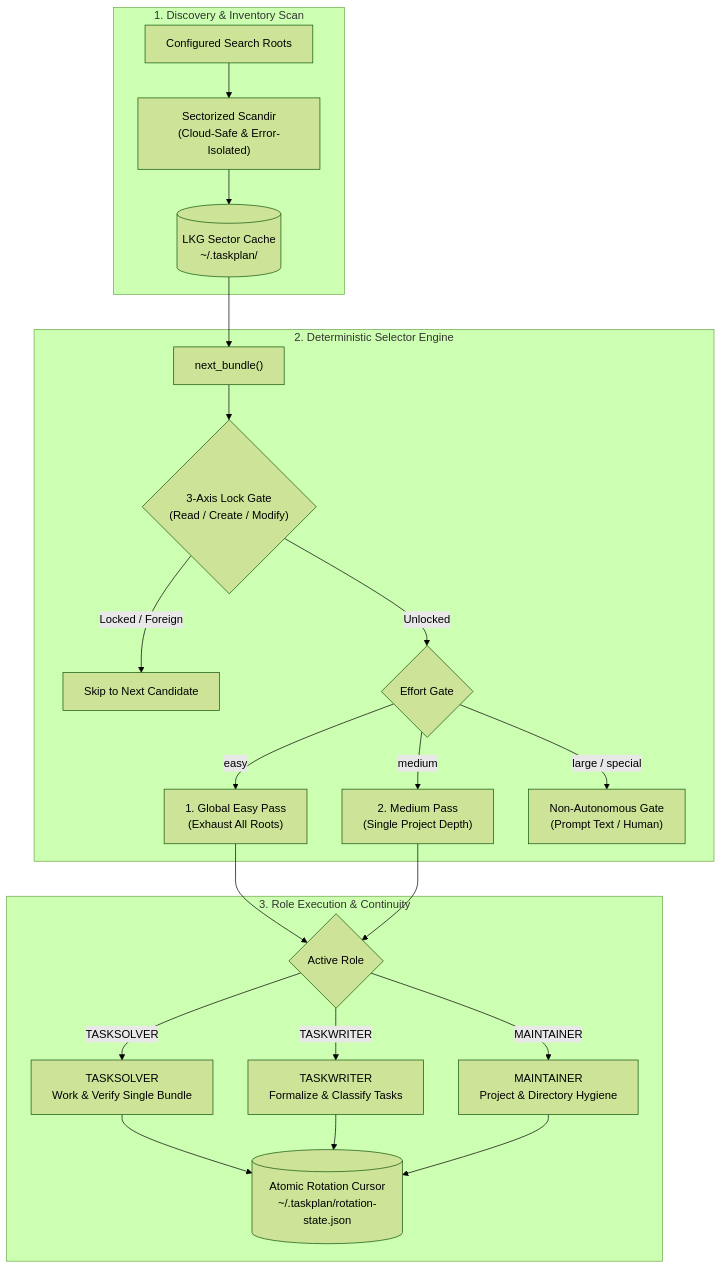
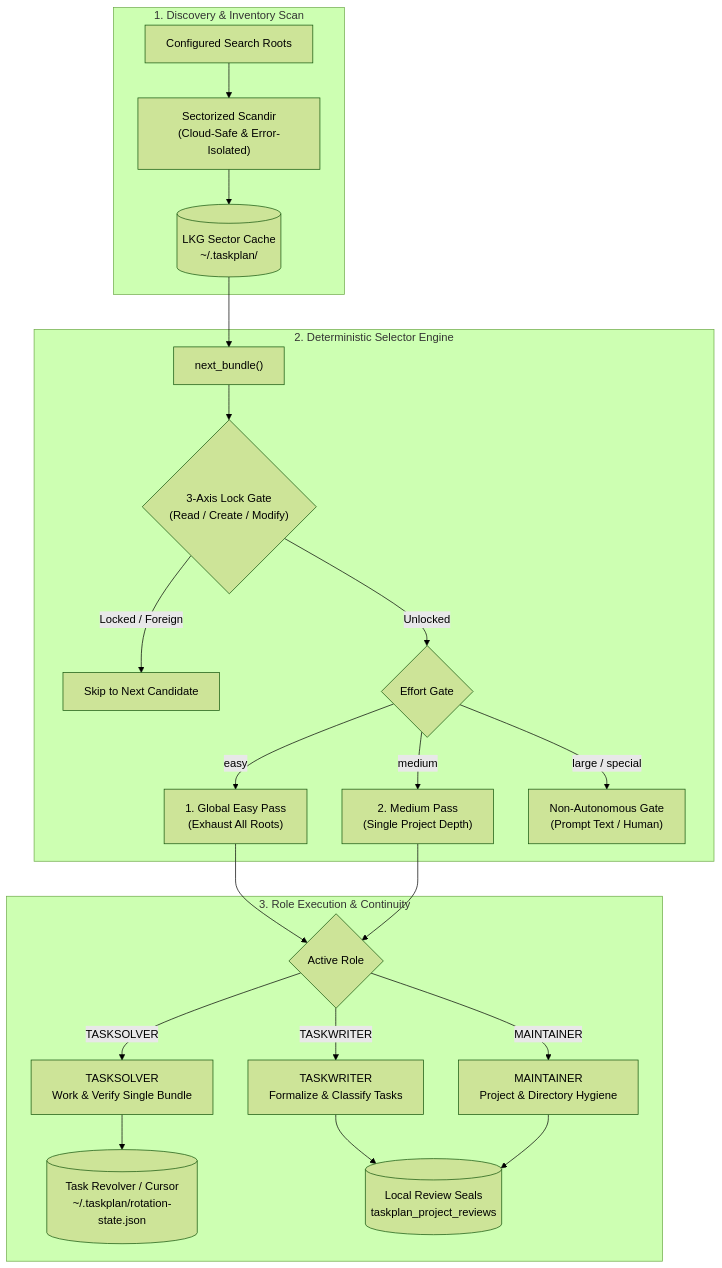
One commit to ellmos-ai/task-master changed the diagram in README.md. Above: the diagram before and after it, drawn with Mermaid (forest theme). The commit also changed other lines of this file and 25 other files, not shown here.

Commit message:
feat(review): add local seal and revisit pool

````diff
--- a/README.md
+++ b/README.md
@@ -45,28 +45,28 @@
 ```mermaid
 flowchart TD
     subgraph Discovery["1. Discovery & Inventory Scan"]
         Roots["Configured Search Roots"] --> Scanner["Sectorized Scandir<br/>(Cloud-Safe & Error-Isolated)"]
         Scanner --> Cache[("LKG Sector Cache<br/>~/.taskplan/")]
     end
 
     subgraph Selection["2. Deterministic Selector Engine"]
         Cache --> NextBundle["next_bundle()"]
         NextBundle --> LockGate{"3-Axis Lock Gate<br/>(Read / Create / Modify)"}
         LockGate -->|Locked / Foreign| Skip["Skip to Next Candidate"]
         LockGate -->|Unlocked| EffortGate{"Effort Gate"}
         EffortGate -->|easy| GlobalEasy["1. Global Easy Pass<br/>(Exhaust All Roots)"]
         EffortGate -->|medium| MediumPass["2. Medium Pass<br/>(Single Project Depth)"]
         EffortGate -->|large / special| NonAuto["Non-Autonomous Gate<br/>(Prompt Text / Human)"]
     end
 
     subgraph Execution["3. Role Execution & Continuity"]
         GlobalEasy --> Roles{"Active Role"}
         MediumPass --> Roles
         Roles -->|TASKWRITER| TW["TASKWRITER<br/>Formalize & Classify Tasks"]
         Roles -->|TASKSOLVER| TS["TASKSOLVER<br/>Work & Verify Single Bundle"]
         Roles -->|MAINTAINER| MN["MAINTAINER<br/>Project & Directory Hygiene"]
-        TS --> AtomicCursor[("Atomic Rotation Cursor<br/>~/.taskplan/rotation-state.json")]
-        TW --> AtomicCursor
-        MN --> AtomicCursor
+        TS --> AtomicCursor[("Task Revolver / Cursor<br/>~/.taskplan/rotation-state.json")]
+        TW --> ReviewPool[("Local Review Seals<br/>taskplan_project_reviews")]
+        MN --> ReviewPool
     end
 ```
````
